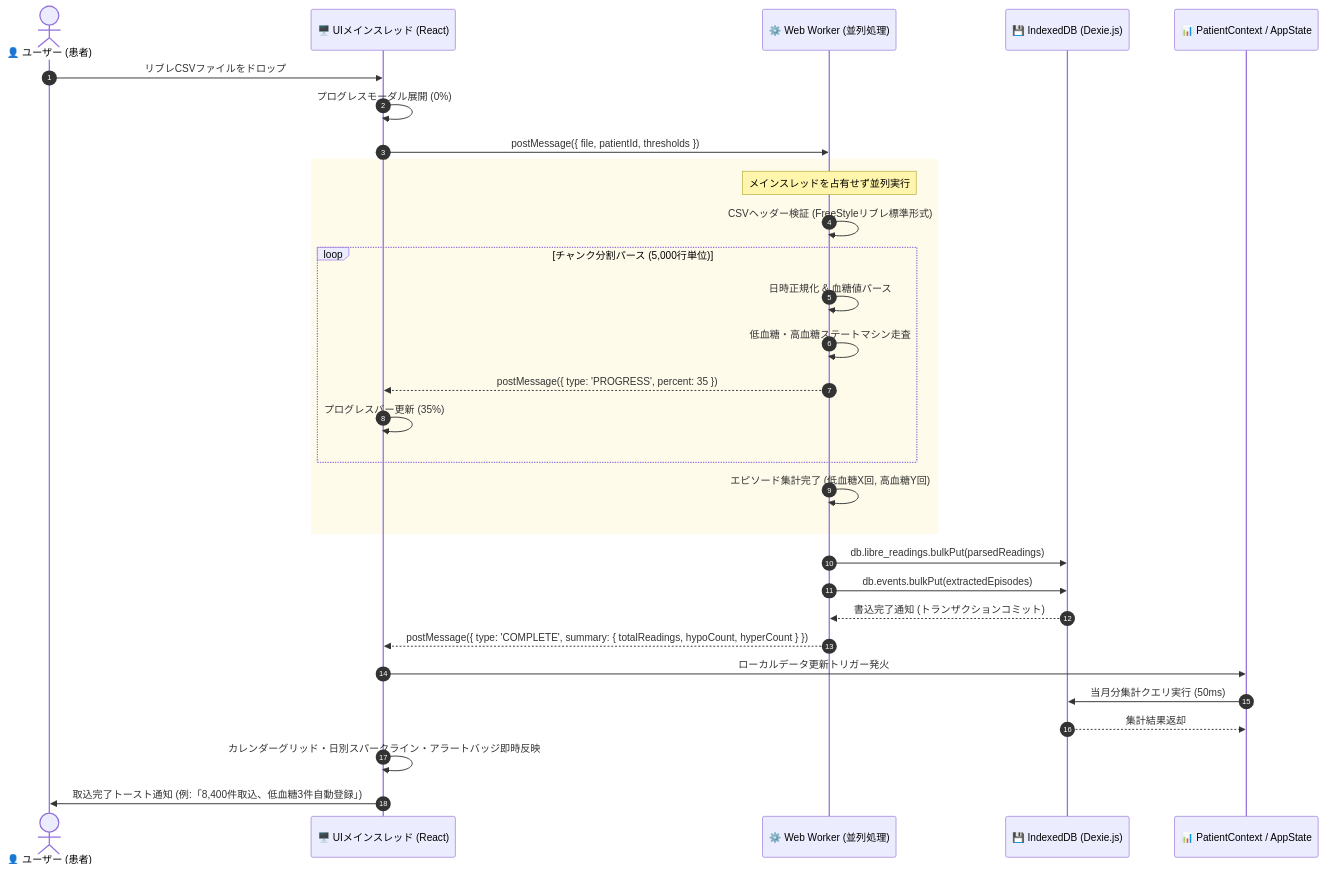
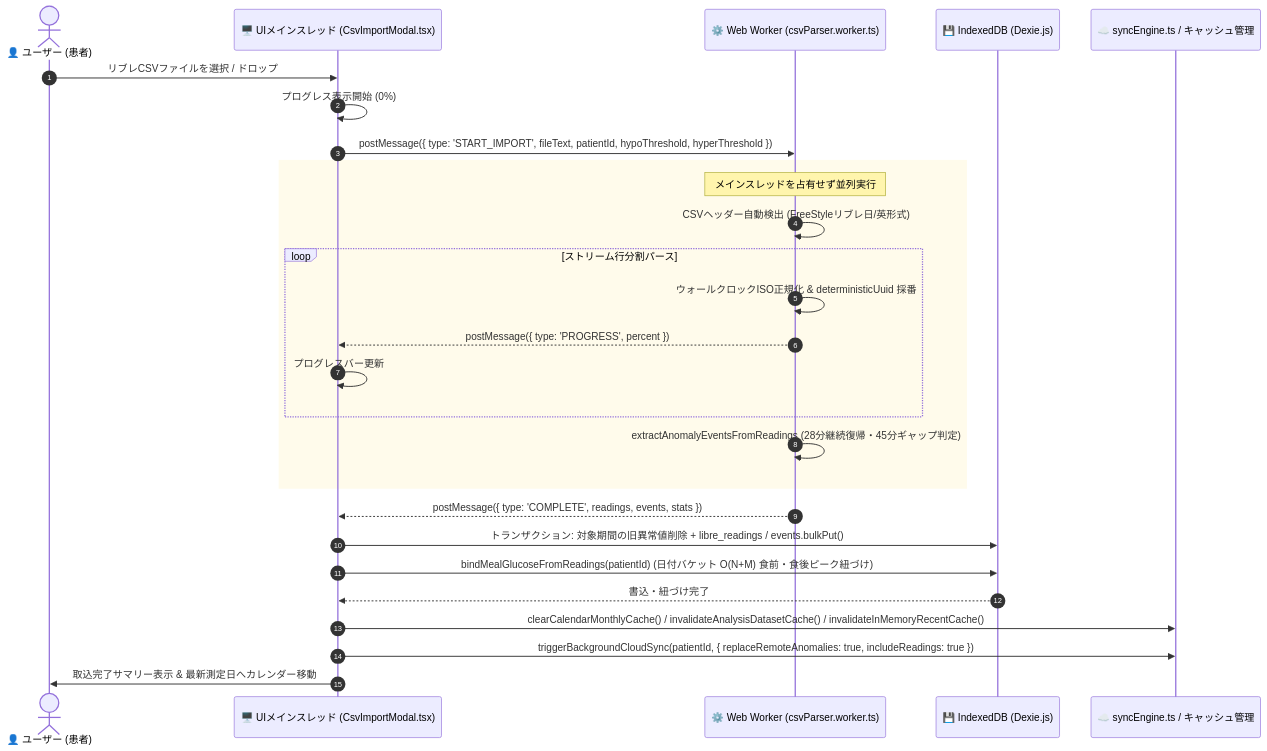
The second of 3 diagrams in docs/Web_Project/diagrams/CSV_IMPORT_AND_ANOMALY_FLOW.md (inzm/cgm-diabetes-manager-demo), drawn with Mermaid before and after one commit. The commit also changed other lines of this file and 62 other files, not shown here.

````diff
--- a/docs/Web_Project/diagrams/CSV_IMPORT_AND_ANOMALY_FLOW.md
+++ b/docs/Web_Project/diagrams/CSV_IMPORT_AND_ANOMALY_FLOW.md
@@ -52,36 +52,32 @@
 ```mermaid
 sequenceDiagram
     autonumber
     actor User as 👤 ユーザー (患者)
-    participant UI as 🖥️ UIメインスレッド (React)
-    participant Worker as ⚙️ Web Worker (並列処理)
+    participant UI as 🖥️ UIメインスレッド (CsvImportModal.tsx)
+    participant Worker as ⚙️ Web Worker (csvParser.worker.ts)
     participant DB as 💾 IndexedDB (Dexie.js)
-    participant State as 📊 PatientContext / AppState
+    participant Sync as ☁️ syncEngine.ts / キャッシュ管理
 
-    User->>UI: リブレCSVファイルをドロップ
-    UI->>UI: プログレスモーダル展開 (0%)
-    UI->>Worker: postMessage({ file, patientId, thresholds })
+    User->>UI: リブレCSVファイルを選択 / ドロップ
+    UI->>UI: プログレス表示開始 (0%)
+    UI->>Worker: postMessage({ type: 'START_IMPORT', fileText, patientId, hypoThreshold, hyperThreshold })
     
     rect rgb(255, 251, 235)
         Note over Worker: メインスレッドを占有せず並列実行
-        Worker->>Worker: CSVヘッダー検証 (FreeStyleリブレ標準形式)
-        loop チャンク分割パース (5,000行単位)
-            Worker->>Worker: 日時正規化 & 血糖値パース
-            Worker->>Worker: 低血糖・高血糖ステートマシン走査
-            Worker-->>UI: postMessage({ type: 'PROGRESS', percent: 35 })
-            UI->>UI: プログレスバー更新 (35%)
+        Worker->>Worker: CSVヘッダー自動検出 (FreeStyleリブレ日/英形式)
+        loop ストリーム行分割パース
+            Worker->>Worker: ウォールクロックISO正規化 & deterministicUuid 採番
+            Worker-->>UI: postMessage({ type: 'PROGRESS', percent })
+            UI->>UI: プログレスバー更新
         end
-        Worker->>Worker: エピソード集計完了 (低血糖X回, 高血糖Y回)
+        Worker->>Worker: extractAnomalyEventsFromReadings (28分継続復帰・45分ギャップ判定)
     end
 
-    Worker->>DB: db.libre_readings.bulkPut(parsedReadings)
-    Worker->>DB: db.events.bulkPut(extractedEpisodes)
-    DB-->>Worker: 書込完了通知 (トランザクションコミット)
-
-    Worker-->>UI: postMessage({ type: 'COMPLETE', summary: { totalReadings, hypoCount, hyperCount } })
-    UI->>State: ローカルデータ更新トリガー発火
-    State->>DB: 当月分集計クエリ実行 (50ms)
-    DB-->>State: 集計結果返却
-    UI->>UI: カレンダーグリッド・日別スパークライン・アラートバッジ即時反映
-    UI->>User: 取込完了トースト通知 (例:「8,400件取込、低血糖3件自動登録」)
+    Worker-->>UI: postMessage({ type: 'COMPLETE', readings, events, stats })
+    UI->>DB: トランザクション: 対象期間の旧異常値削除 + libre_readings / events.bulkPut()
+    UI->>DB: bindMealGlucoseFromReadings(patientId) (日付バケット O(N+M) 食前・食後ピーク紐づけ)
+    DB-->>UI: 書込・紐づけ完了
+    UI->>Sync: clearCalendarMonthlyCache() / invalidateAnalysisDatasetCache() / invalidateInMemoryRecentCache()
+    UI->>Sync: triggerBackgroundCloudSync(patientId, { replaceRemoteAnomalies: true, includeReadings: true })
+    UI->>User: 取込完了サマリー表示 & 最新測定日へカレンダー移動
 ```
````
